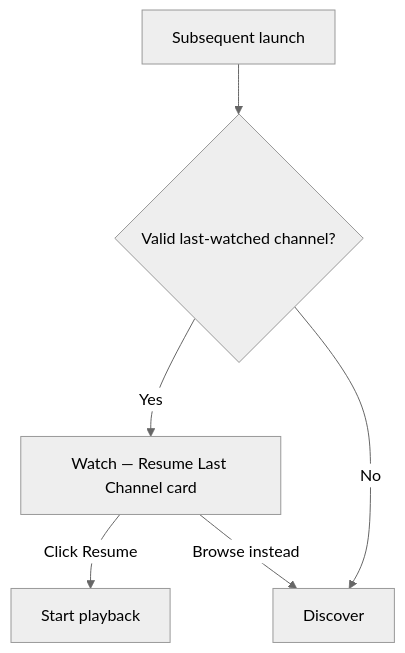
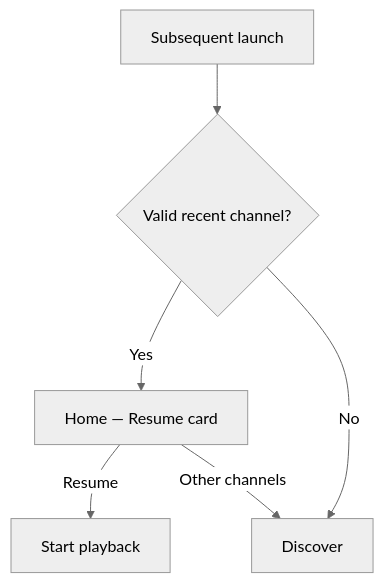
The second of 4 diagrams in DESIGN.md (satyawikananda/mumu), drawn with Mermaid (neutral theme) before and after one commit. The commit also changed other lines of this file and 89 other files, not shown here.

````diff
--- a/DESIGN.md
+++ b/DESIGN.md
@@ -197,8 +246,8 @@
 ```mermaid
 flowchart TD
-  A[Subsequent launch] --> B{Valid last-watched channel?}
-  B -->|Yes| C[Watch — Resume Last Channel card]
+  A[Subsequent launch] --> B{Valid recent channel?}
+  B -->|Yes| C[Home — Resume card]
   B -->|No| D[Discover]
-  C -->|Click Resume| E[Start playback]
-  C -->|Browse instead| D
+  C -->|Resume| E[Start playback]
+  C -->|Other channels| D
 ```
````
